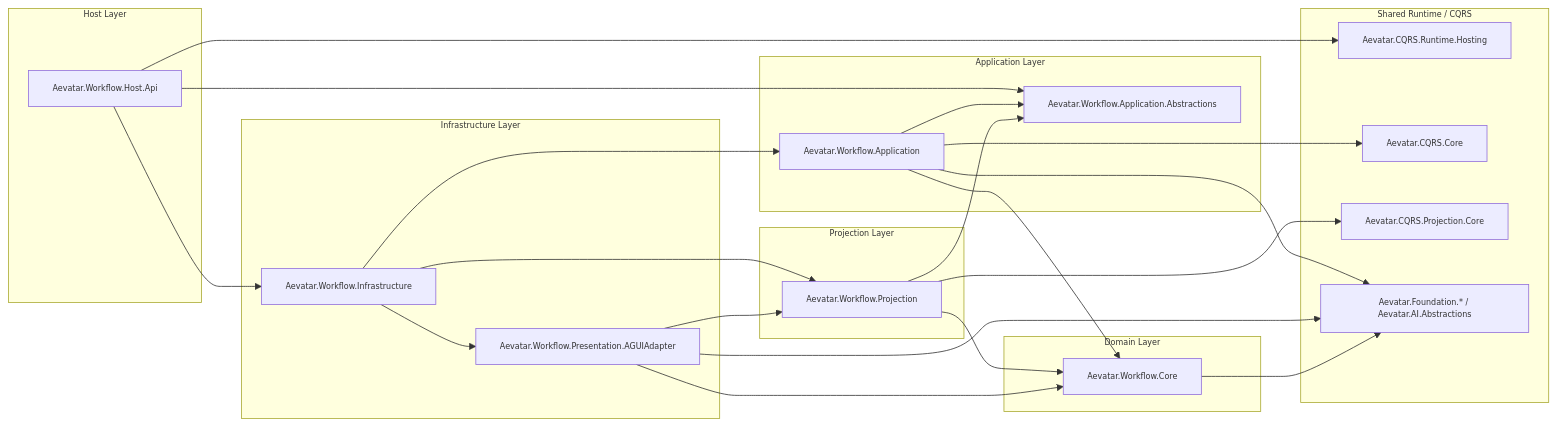
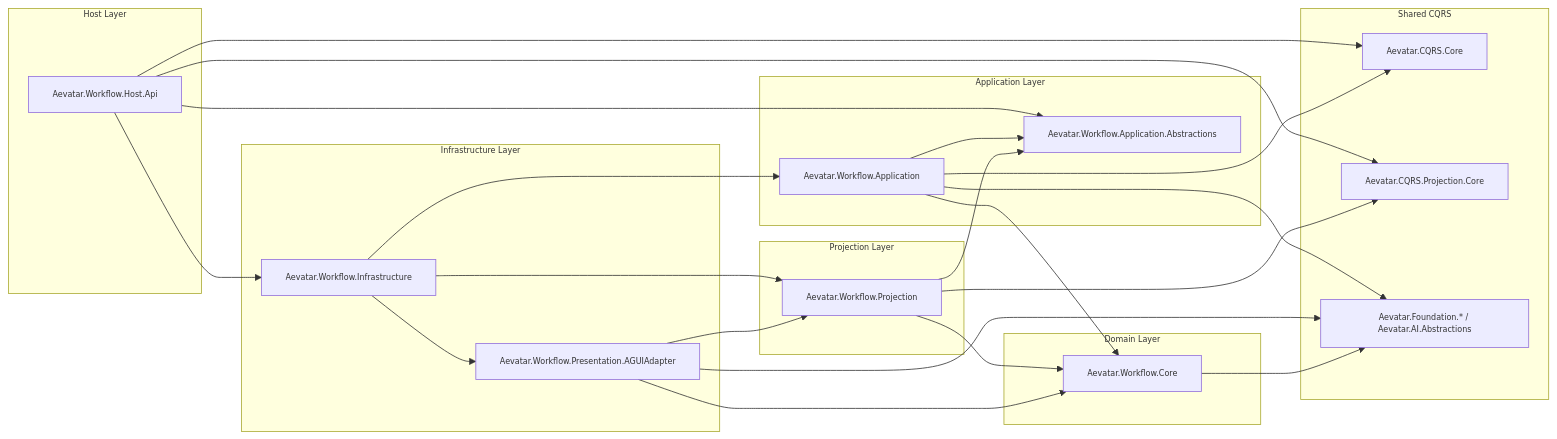
The first of 5 diagrams in src/workflow/README.md (aevatarAI/aevatar), drawn with Mermaid before and after one commit. The commit also changed 28 other files, not shown here.

First line of the commit message:
Refactor CQRS architecture by removing runtime abstractions and implementations

````diff
--- a/src/workflow/README.md
+++ b/src/workflow/README.md
@@ -14,50 +14,50 @@
 ```mermaid
 %%{init: {"maxTextSize": 100000, "flowchart": {"useMaxWidth": false, "nodeSpacing": 10, "rankSpacing": 50}, "themeVariables": {"fontSize": "10px"}}}%%
 flowchart LR
   subgraph Host["Host Layer"]
     H["Aevatar.Workflow.Host.Api"]
   end
 
   subgraph Infra["Infrastructure Layer"]
     I["Aevatar.Workflow.Infrastructure"]
     AGUIA["Aevatar.Workflow.Presentation.AGUIAdapter"]
   end
 
   subgraph App["Application Layer"]
     A["Aevatar.Workflow.Application"]
     AB["Aevatar.Workflow.Application.Abstractions"]
   end
 
   subgraph Projection["Projection Layer"]
     P["Aevatar.Workflow.Projection"]
   end
 
   subgraph Domain["Domain Layer"]
     C["Aevatar.Workflow.Core"]
   end
 
-  subgraph Shared["Shared Runtime / CQRS"]
-    RH["Aevatar.CQRS.Runtime.Hosting"]
+  subgraph Shared["Shared CQRS"]
     CQRSC["Aevatar.CQRS.Core"]
     CQRSP["Aevatar.CQRS.Projection.Core"]
     F["Aevatar.Foundation.* / Aevatar.AI.Abstractions"]
   end
 
-  H --> RH
+  H --> CQRSC
+  H --> CQRSP
   H --> I
   H --> AB
   I --> A
   I --> P
   I --> AGUIA
   A --> AB
   A --> C
   A --> CQRSC
   A --> F
   P --> AB
   P --> C
   P --> CQRSP
   AGUIA --> P
   AGUIA --> C
   AGUIA --> F
   C --> F
 ```
````
